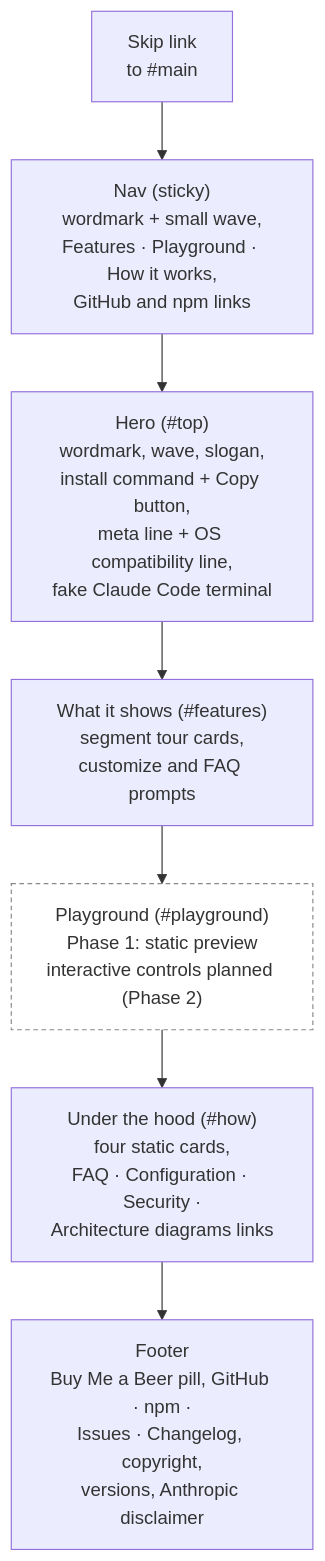
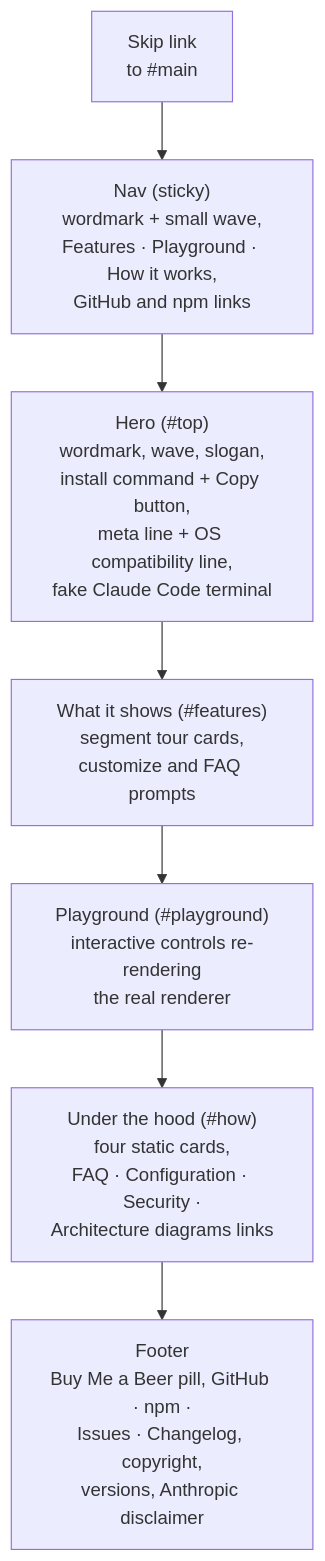
The first of 2 diagrams in diagrams/page-structure.md (carterptull/ampline-website), drawn with Mermaid before and after one commit. The commit also changed other lines of this file and 16 other files, not shown here.

Commit message:
feat: interactive playground on the real renderer

````diff
--- a/diagrams/page-structure.md
+++ b/diagrams/page-structure.md
@@ -9,11 +9,10 @@
 ```mermaid
 flowchart TB
     skip["Skip link<br/>to #main"] --> nav["Nav (sticky)<br/>wordmark + small wave,<br/>Features · Playground · How it works,<br/>GitHub and npm links"]
     nav --> hero["Hero (#top)<br/>wordmark, wave, slogan,<br/>install command + Copy button,<br/>meta line + OS compatibility line,<br/>fake Claude Code terminal"]
     hero --> features["What it shows (#features)<br/>segment tour cards,<br/>customize and FAQ prompts"]
-    features --> play["Playground (#playground)<br/>Phase 1: static preview<br/>interactive controls planned (Phase 2)"]
+    features --> play["Playground (#playground)<br/>interactive controls re-rendering<br/>the real renderer"]
     play --> how["Under the hood (#how)<br/>four static cards,<br/>FAQ · Configuration · Security ·<br/>Architecture diagrams links"]
     how --> footer["Footer<br/>Buy Me a Beer pill, GitHub · npm ·<br/>Issues · Changelog, copyright,<br/>versions, Anthropic disclaimer"]
 
-    style play fill:transparent,stroke:#888,stroke-width:1px,stroke-dasharray: 4 3
 ```
````
